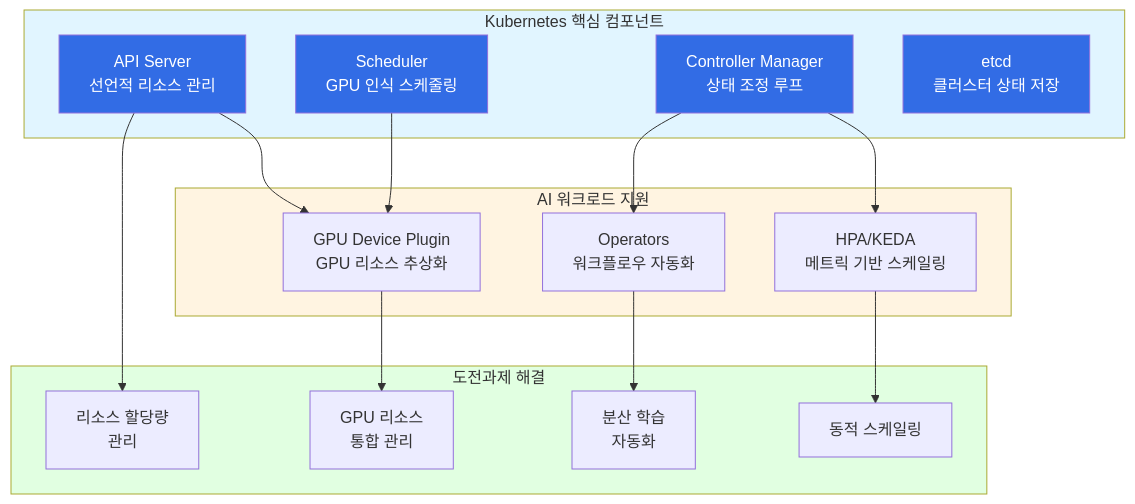
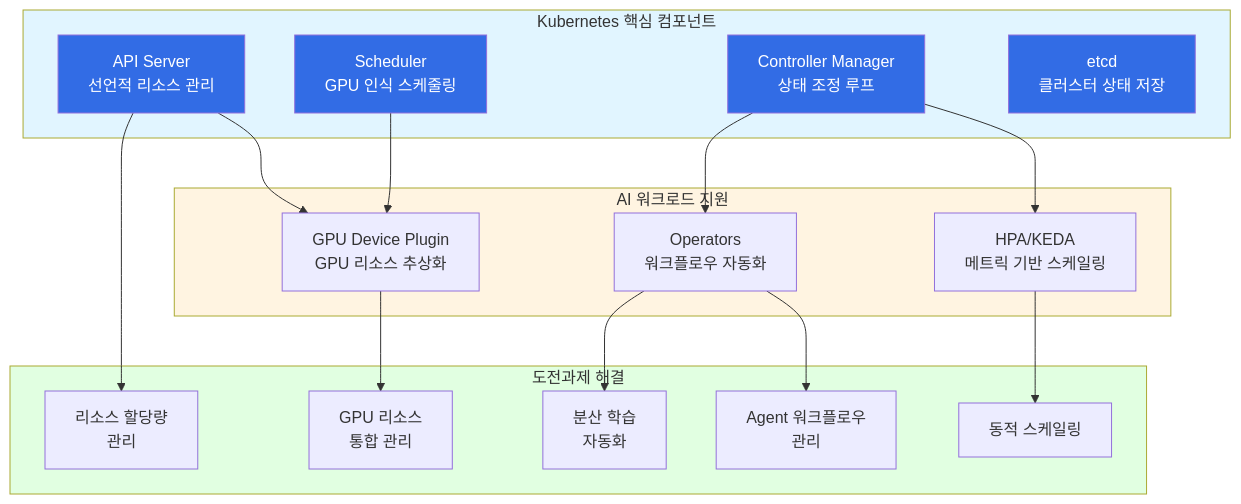
The third of 16 diagrams in docs/agentic-ai-platform/design-architecture/agentic-ai-challenges.md (devfloor9/engineering-playbook), drawn with Mermaid before and after one commit. The commit also changed other lines of this file and 5 other files, not shown here.

````diff
--- a/docs/agentic-ai-platform/design-architecture/agentic-ai-challenges.md
+++ b/docs/agentic-ai-platform/design-architecture/agentic-ai-challenges.md
@@ -105,39 +105,41 @@
 ```mermaid
 flowchart TD
     subgraph K8sCore["Kubernetes 핵심 컴포넌트"]
         API["API Server<br/>선언적 리소스 관리"]
         SCHED["Scheduler<br/>GPU 인식 스케줄링"]
         CTRL["Controller Manager<br/>상태 조정 루프"]
         ETCD["etcd<br/>클러스터 상태 저장"]
     end
 
     subgraph AISupport["AI 워크로드 지원"]
         GPU["GPU Device Plugin<br/>GPU 리소스 추상화"]
         HPA["HPA/KEDA<br/>메트릭 기반 스케일링"]
         OP["Operators<br/>워크플로우 자동화"]
     end
 
     subgraph Solutions["도전과제 해결"]
         S1["GPU 리소스<br/>통합 관리"]
         S2["동적 스케일링"]
         S3["리소스 할당량<br/>관리"]
-        S4["분산 학습<br/>자동화"]
+        S4["Agent 워크플로우<br/>관리"]
+        S5["분산 학습<br/>자동화"]
     end
 
     API --> GPU
     SCHED --> GPU
     CTRL --> HPA
     CTRL --> OP
     GPU --> S1
     HPA --> S2
     API --> S3
     OP --> S4
+    OP --> S5
 
     style API fill:#326ce5,color:#fff
     style SCHED fill:#326ce5,color:#fff
     style CTRL fill:#326ce5,color:#fff
     style ETCD fill:#326ce5,color:#fff
     style K8sCore fill:#e1f5ff
     style AISupport fill:#fff4e1
     style Solutions fill:#e1ffe1
 ```
````
